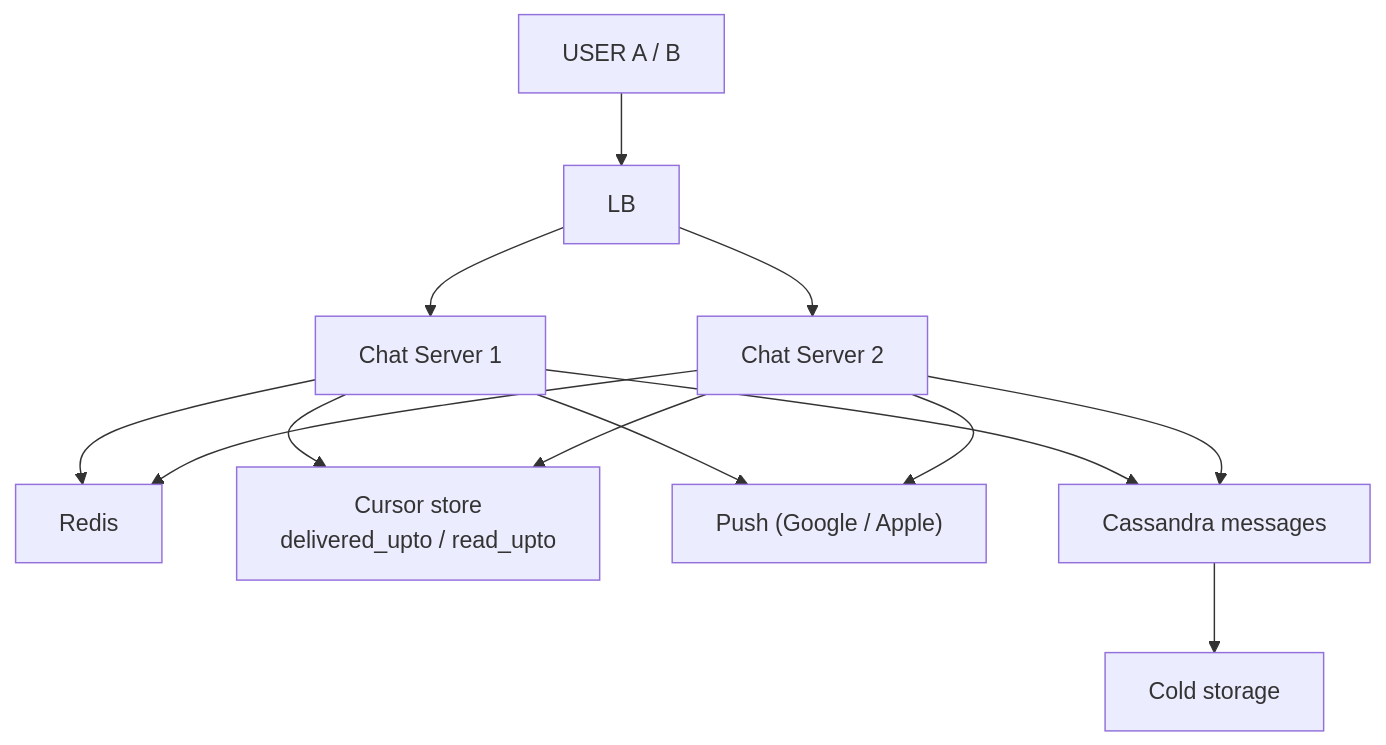
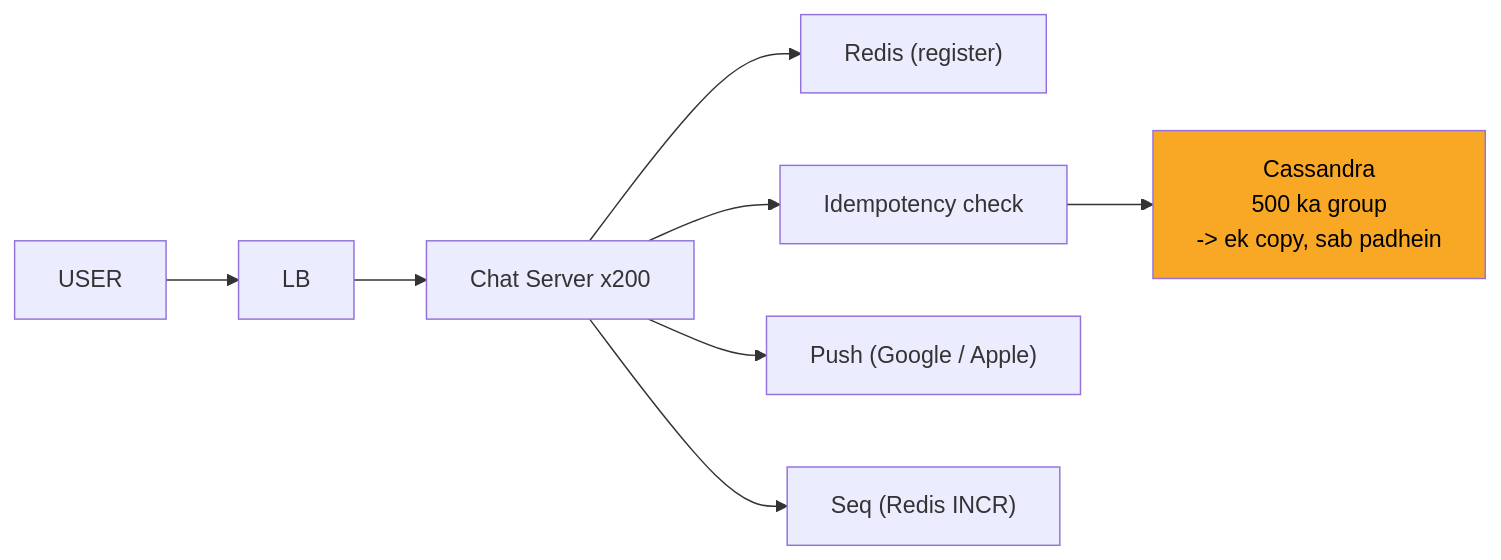
The eighth of 12 diagrams in 04_HLD/SYSTEM_DESIGNS/14_chat_messaging/14_chat_messaging.md (ArpanMaheshwari144/Prep), drawn with Mermaid before and after one commit. The commit also changed other lines of this file, not shown here.

Commit message:
chat: one-day story, short cards, follow-ups with rules, highlighted diagrams

````diff
--- a/04_HLD/SYSTEM_DESIGNS/14_chat_messaging/14_chat_messaging.md
+++ b/04_HLD/SYSTEM_DESIGNS/14_chat_messaging/14_chat_messaging.md
@@ -368,24 +336,19 @@
 ```mermaid
-flowchart TD
-    n_USER_A_B["USER A / B"]
+flowchart LR
+    n_U["USER"]
     n_LB["LB"]
-    n_Chat_Server_x_200_1["Chat Server 1"]
-    n_Chat_Server_x_200_2["Chat Server 2"]
-    n_Redis["Redis"]
-    n_Cursor_store["Cursor store<br/>delivered_upto / read_upto"]
-    n_Push_Google_Apple["Push (Google / Apple)"]
-    n_Cassandra_messages["Cassandra messages"]
-    n_Cold_storage["Cold storage"]
-    n_USER_A_B --> n_LB
-    n_LB --> n_Chat_Server_x_200_1
-    n_LB --> n_Chat_Server_x_200_2
-    n_Chat_Server_x_200_1 --> n_Redis
-    n_Chat_Server_x_200_2 --> n_Redis
-    n_Chat_Server_x_200_1 --> n_Cassandra_messages
-    n_Chat_Server_x_200_2 --> n_Cassandra_messages
-    n_Chat_Server_x_200_1 --> n_Cursor_store
-    n_Chat_Server_x_200_2 --> n_Cursor_store
-    n_Chat_Server_x_200_1 --> n_Push_Google_Apple
-    n_Chat_Server_x_200_2 --> n_Push_Google_Apple
-    n_Cassandra_messages --> n_Cold_storage
+    n_CS["Chat Server x200"]
+    n_R["Redis (register)"]
+    n_I["Idempotency check"]
+    n_CA["Cassandra<br/>500 ka group<br/>-> ek copy, sab padhein"]
+    n_P["Push (Google / Apple)"]
+    n_SQ["Seq (Redis INCR)"]
+    n_U --> n_LB
+    n_LB --> n_CS
+    n_CS --> n_R
+    n_CS --> n_I
+    n_I --> n_CA
+    n_CS --> n_P
+    n_CS --> n_SQ
+    style n_CA fill:#f9a825,color:#000
 ```
````
